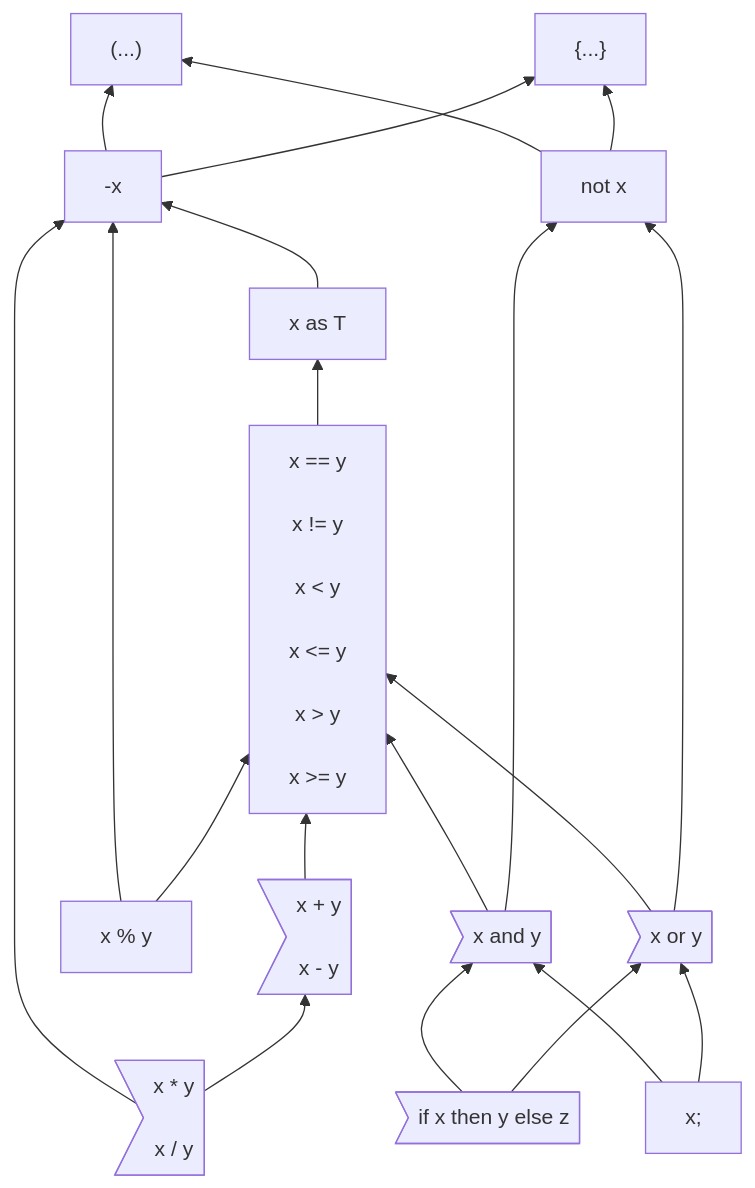
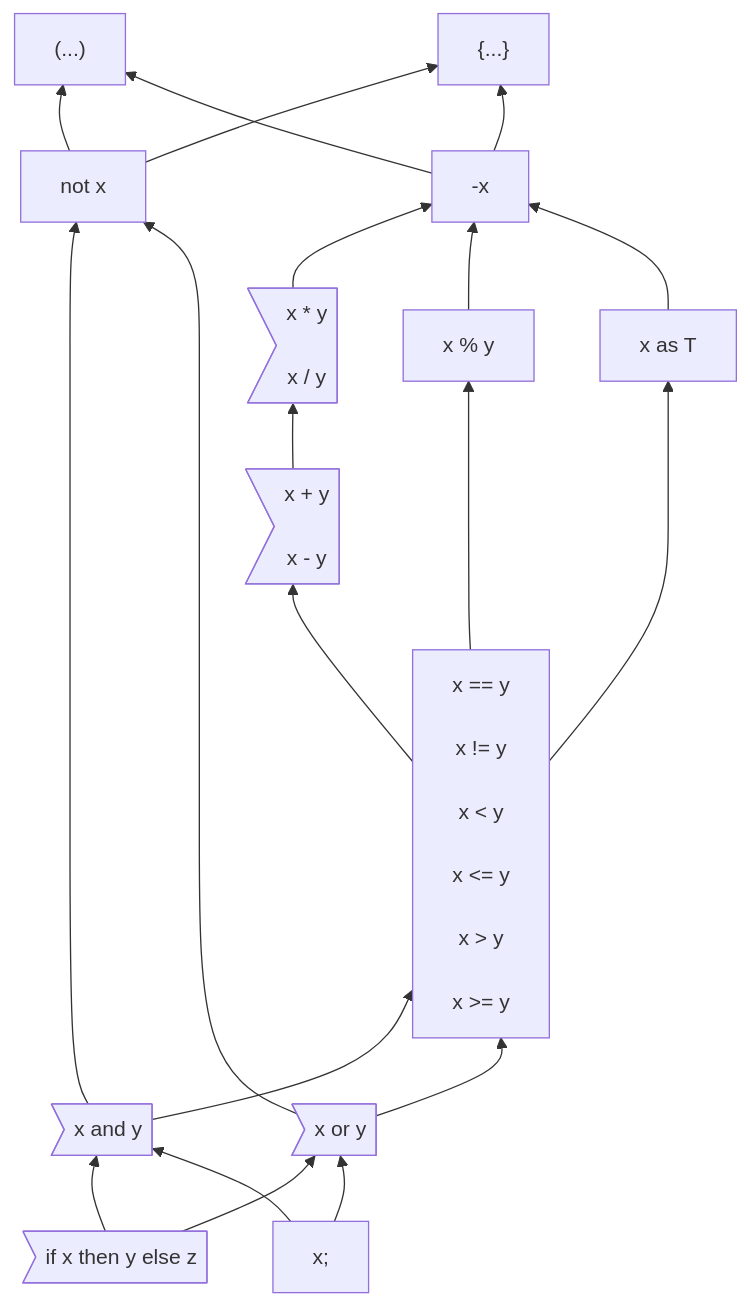
Before and after one commit to carbon-language/carbon-lang: the first of 2 diagrams in docs/design/expressions/README.md, drawn with Mermaid.

Commit message:
Fix up confused arrow directions.

````diff
--- a/docs/design/expressions/README.md
+++ b/docs/design/expressions/README.md
@@ -49,55 +49,53 @@
 ```mermaid
 %%{init: {'themeVariables': {'fontFamily': 'monospace'}}}%%
 graph BT
     parens["(...)"]
 
     braces["{...}"]
     click braces "https://github.com/carbon-language/carbon-lang/blob/trunk/docs/design/classes.md#literals"
 
     negation["-x"]
 
     as["x as T"]
     click as "https://github.com/carbon-language/carbon-lang/blob/trunk/docs/design/expressions/implicit_conversions.md"
 
     multiplication>"x * y<br>
                     x / y"]
     click multiplication "https://github.com/carbon-language/carbon-lang/blob/trunk/docs/design/expressions/arithmetic.md"
 
     addition>"x + y<br>
               x - y"]
     click addition "https://github.com/carbon-language/carbon-lang/blob/trunk/docs/design/expressions/arithmetic.md"
 
     modulo["x % y"]
     click modulo "https://github.com/carbon-language/carbon-lang/blob/trunk/docs/design/expressions/arithmetic.md"
 
     comparison["x == y<br>
                 x != y<br>
                 x < y<br>
                 x <= y<br>
                 x > y<br>
                 x >= y"]
     click comparison "https://github.com/carbon-language/carbon-lang/blob/trunk/docs/design/expressions/comparison_operators.md"
 
     not["not x"]
     click not "https://github.com/carbon-language/carbon-lang/blob/trunk/docs/design/expressions/logical_operators.md"
 
     and>"x and y"]
     click and "https://github.com/carbon-language/carbon-lang/blob/trunk/docs/design/expressions/logical_operators.md"
 
     or>"x or y"]
     click or "https://github.com/carbon-language/carbon-lang/blob/trunk/docs/design/expressions/logical_operators.md"
 
     if>"if x then y else z"]
     click if "https://github.com/carbon-language/carbon-lang/blob/trunk/docs/design/expressions/if.md"
 
     expressionEnd["x;"]
 
     not & negation --> parens & braces
     multiplication & modulo & as --> negation
-    multiplication --> addition
-    addition --> comparison
-    modulo --> comparison
-    comparison --> as
+    addition --> multiplication
+    comparison --> modulo & addition & as
     and & or --> comparison & not
     if & expressionEnd --> and & or
 ```
````
